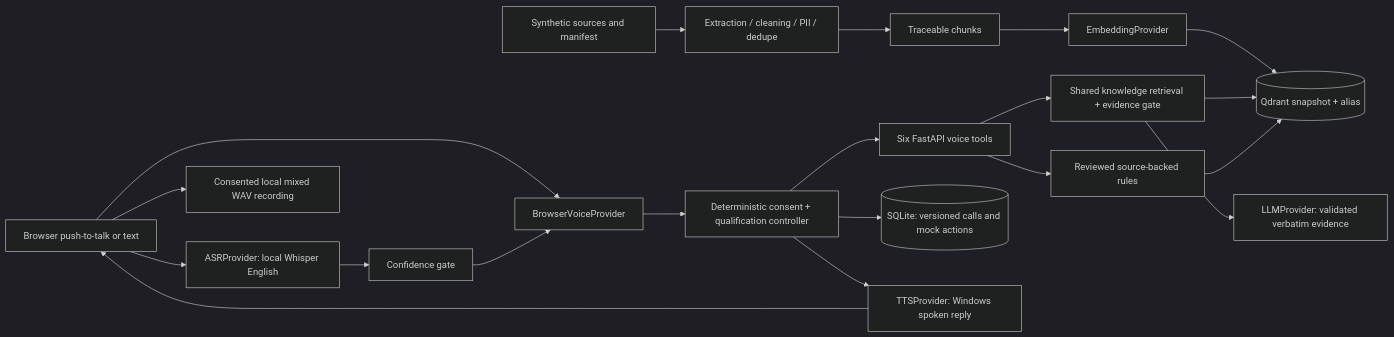
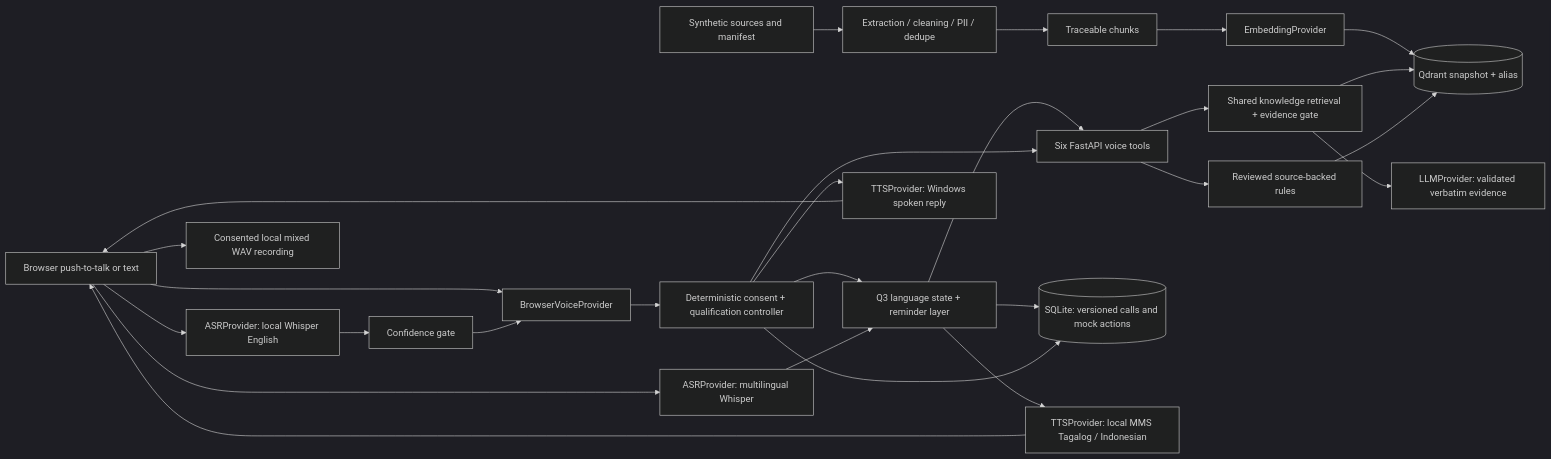
The first of 2 diagrams in docs/architecture.md (vikashrao5464/Darwix), drawn with Mermaid (dark theme) before and after one commit. The commit also changed other lines of this file and 109 other files, not shown here.

````diff
--- a/docs/architecture.md
+++ b/docs/architecture.md
@@ -3,22 +3,29 @@
 ```mermaid
 flowchart LR
     A[Synthetic sources and manifest] --> B[Extraction / cleaning / PII / dedupe]
     B --> C[Traceable chunks]
     C --> E[EmbeddingProvider]
     E --> Q[(Qdrant snapshot + alias)]
     U[Browser push-to-talk or text] --> V[BrowserVoiceProvider]
     V --> S[Deterministic consent + qualification controller]
+    S --> LS[Q3 language state + reminder layer]
+    LS --> T
+    LS --> D
     U --> ASR[ASRProvider: local Whisper English]
     ASR --> G[Confidence gate]
     G --> V
     S --> T[Six FastAPI voice tools]
     T --> K[Shared knowledge retrieval + evidence gate]
     K --> Q
     K --> L[LLMProvider: validated verbatim evidence]
     T --> R[Reviewed source-backed rules]
     R --> Q
     S --> D[(SQLite: versioned calls and mock actions)]
     S --> O[TTSProvider: Windows spoken reply]
+    LS --> MT[TTSProvider: local MMS Tagalog / Indonesian]
+    MT --> U
+    U --> MA[ASRProvider: multilingual Whisper]
+    MA --> LS
     O --> U
     U --> F[Consented local mixed WAV recording]
 ```
````
